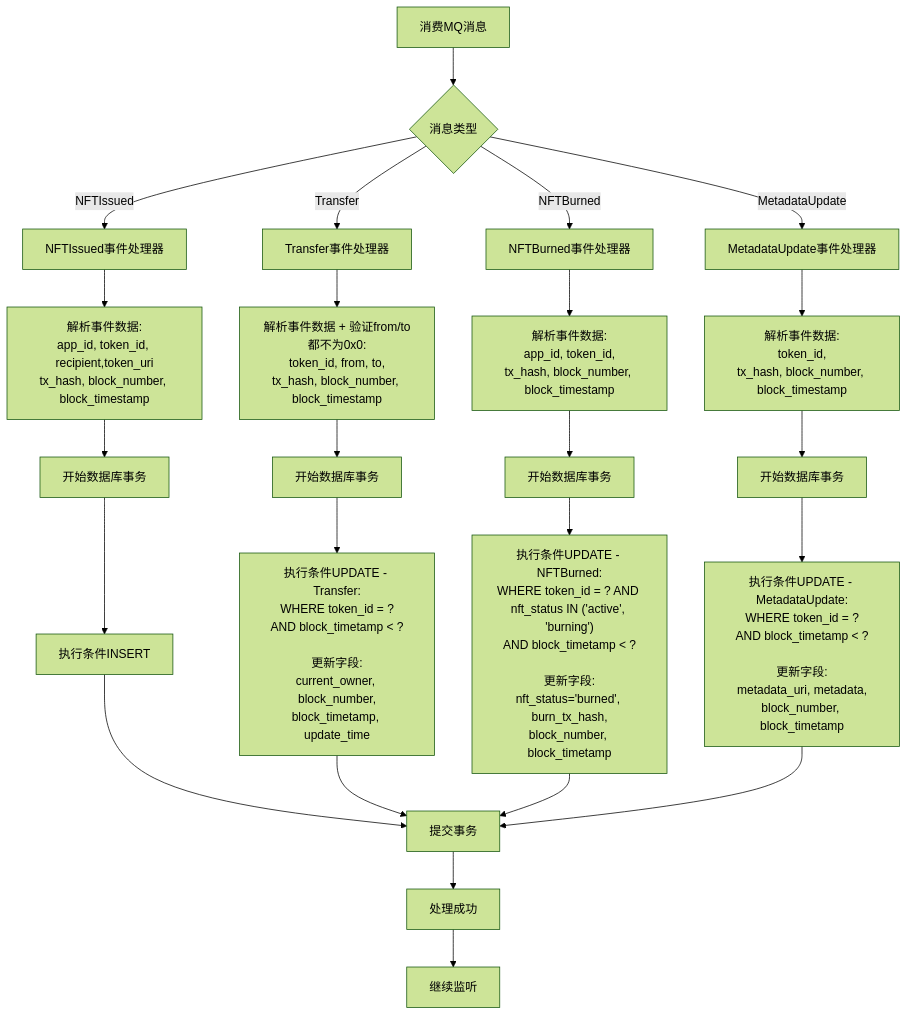
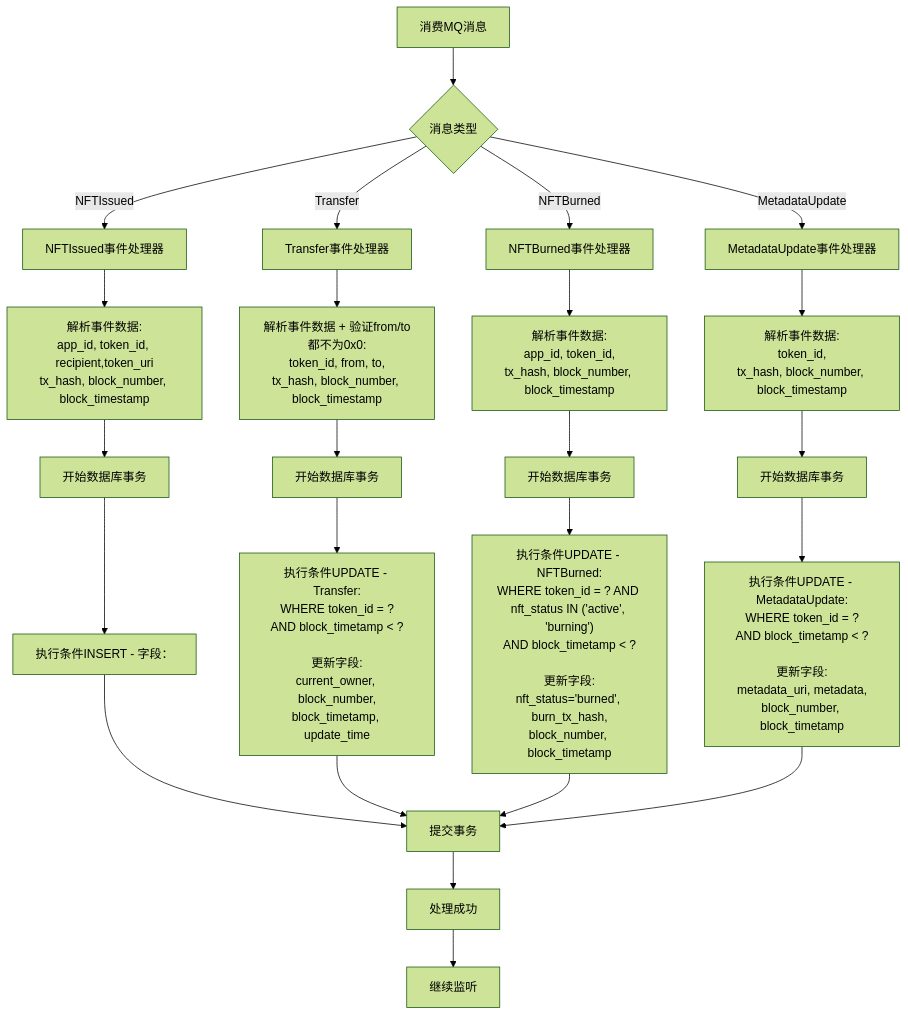
The diagram in all/未命名-77.md (yingjianzh/iodraw-files), drawn with Mermaid (forest theme) before and after one commit.

Commit message:
2025-07-08 11:36:41 update

````diff
--- a/all/未命名-77.md
+++ b/all/未命名-77.md
@@ -1,40 +1,40 @@
 ```mermaid
 
 flowchart TD
     A[消费MQ消息] --> B{消息类型}
     
     %% 四种事件类型
     B -->|NFTIssued| C[NFTIssued事件处理器]
     B -->|Transfer| D[Transfer事件处理器]
     B -->|NFTBurned| E[NFTBurned事件处理器]
     B -->|MetadataUpdate| F[MetadataUpdate事件处理器]
     
     %% 解析事件数据
     C --> G["解析事件数据:<br/>app_id, token_id, recipient,token_uri<br/>tx_hash, block_number, block_timestamp"]
     D --> H["解析事件数据 + 验证from/to都不为0x0:<br/>token_id, from, to,<br/>tx_hash, block_number, block_timestamp"]
     E --> I["解析事件数据:<br/>app_id, token_id,<br/>tx_hash, block_number, block_timestamp"]
     F --> J["解析事件数据:<br/>token_id,<br/>tx_hash, block_number, block_timestamp"]
     
     G --> K[开始数据库事务]
     H --> L[开始数据库事务]
     I --> M[开始数据库事务]
     J --> N[开始数据库事务]
     
-    K --> O["执行条件INSERT "]
+    K --> O["执行条件INSERT - 字段："]
     
     L --> P["执行条件UPDATE - Transfer:<br/>WHERE token_id = ?<br/>AND block_timetamp < ?<br/><br/>更新字段:<br/>current_owner, block_number,<br/>block_timetamp, update_time"]
     
     M --> Q["执行条件UPDATE - NFTBurned:<br/>WHERE token_id = ? AND nft_status IN ('active', 'burning')<br/>AND block_timetamp < ?<br/><br/>更新字段:<br/>nft_status='burned', burn_tx_hash,<br/>block_number, block_timetamp"]
     
     N --> R["执行条件UPDATE - MetadataUpdate:<br/>WHERE token_id = ?<br/>AND block_timetamp < ?<br/><br/>更新字段:<br/>metadata_uri, metadata,<br/>block_number, block_timetamp"]
     
     O --> V[提交事务]
     P --> V
     Q --> V
     R --> V
     
     V --> X[处理成功]
     
     X --> Z[继续监听]
 
 ```
````
